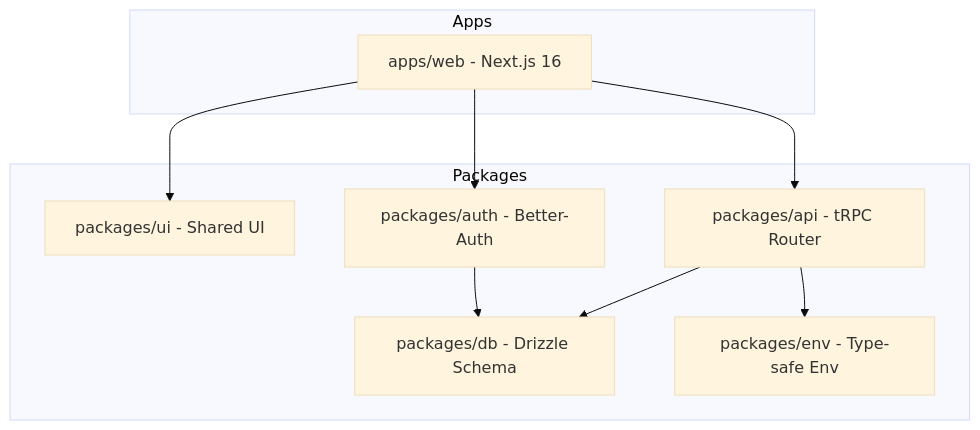
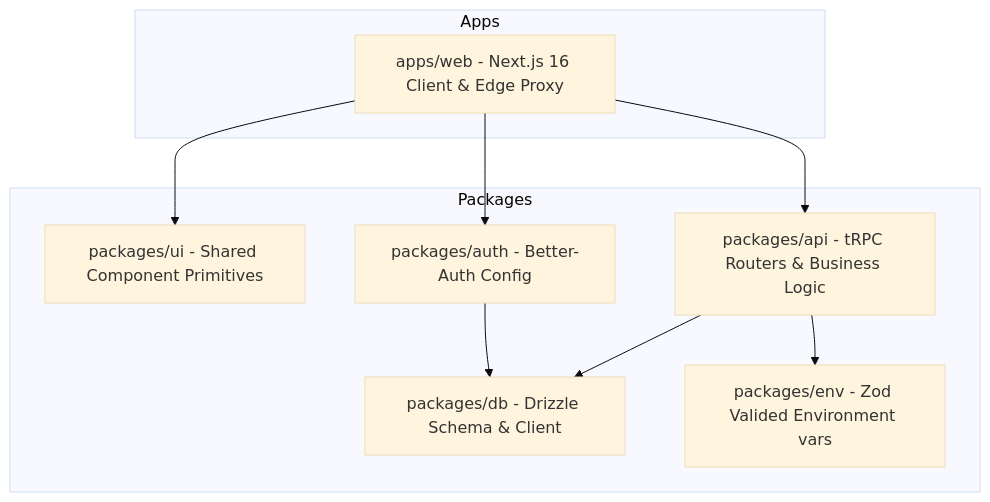
One commit to alexgutscher26/Kudoswall changed the diagram in README.md. Above: the diagram before and after it, drawn with Mermaid (base theme). The commit also changed other lines of this file and 2 other files, not shown here.

Commit message:
docs: add project architectural manifest and documentation while updating README status

````diff
--- a/README.md
+++ b/README.md
@@ -45,21 +60,21 @@
 ```mermaid
 graph TD
     subgraph Apps
-        Web[apps/web - Next.js 16]
+        Web[apps/web - Next.js 16 Client & Edge Proxy]
     end
 
     subgraph Packages
-        UI[packages/ui - Shared UI]
-        API[packages/api - tRPC Router]
-        DB[packages/db - Drizzle Schema]
-        Auth[packages/auth - Better-Auth]
-        Env[packages/env - Type-safe Env]
+        UI[packages/ui - Shared Component Primitives]
+        API[packages/api - tRPC Routers & Business Logic]
+        DB[packages/db - Drizzle Schema & Client]
+        Auth[packages/auth - Better-Auth Config]
+        Env[packages/env - Zod Valided Environment vars]
     end
 
     Web --> UI
     Web --> API
     API --> DB
     API --> Env
     Web --> Auth
     Auth --> DB
 ```
````
